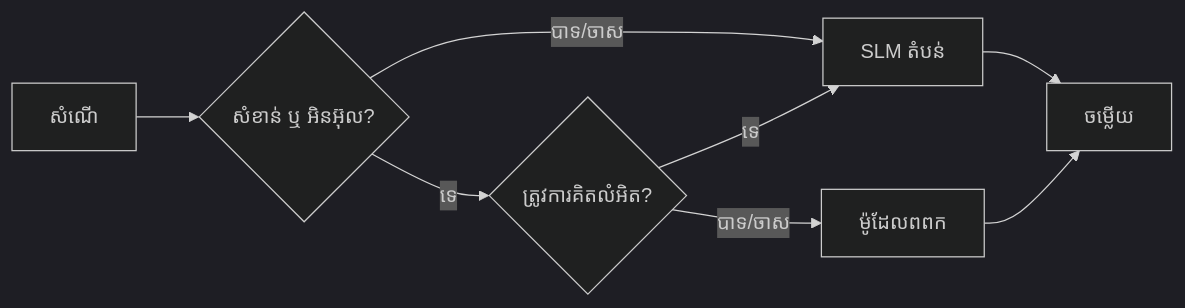
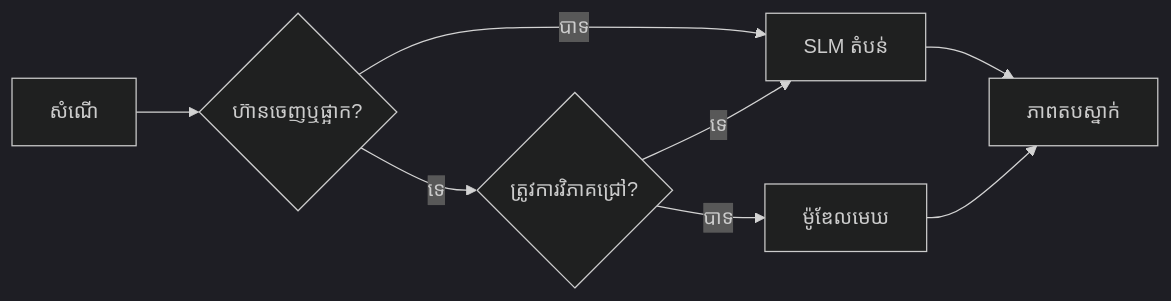
The fourth of 4 diagrams in translations/km/17-creating-local-ai-agents/README.md (microsoft/ai-agents-for-beginners), drawn with Mermaid (dark theme) before and after one commit. The commit also changed other lines of this file and 14 other files, not shown here.

````diff
--- a/translations/km/17-creating-local-ai-agents/README.md
+++ b/translations/km/17-creating-local-ai-agents/README.md
@@ -156,10 +156,10 @@
 ```mermaid
 flowchart LR
-    Q[សំណើ] --> S{សំខាន់ ឬ អិនអ៊ុល?}
-    S -->|បាទ/ចាស| L[SLM តំបន់]
-    S -->|ទេ| C{ត្រូវការគិតលំអិត?}
+    Q[សំណើ] --> S{ហ៊ានចេញឬផ្អាក?}
+    S -->|បាទ| L[SLM តំបន់]
+    S -->|ទេ| C{ត្រូវការវិភាគជ្រៅ?}
     C -->|ទេ| L
-    C -->|បាទ/ចាស| Cloud[ម៉ូដែលពពក]
-    L --> Out[ចម្លើយ]
+    C -->|បាទ| Cloud[ម៉ូឌែលមេឃ]
+    L --> Out[ភាពតបស្នាក់]
     Cloud --> Out
 ```
````
